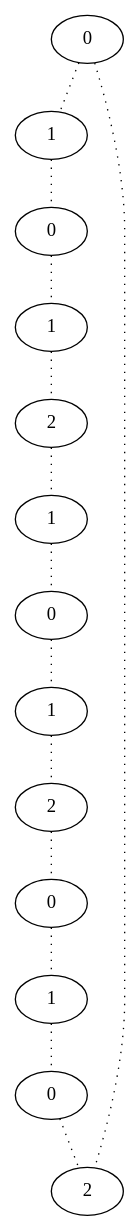
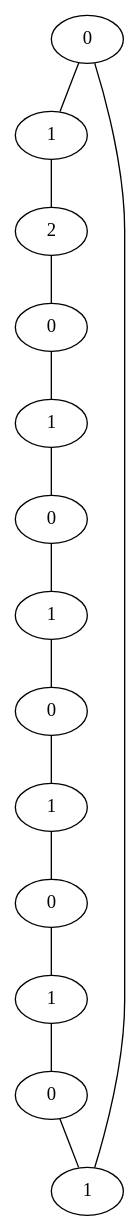
One commit to d1laj/Stage-M2 changed the diagram in TestPathsfactorised/result/dot/cycle_13_3_tc.dot. Above: the diagram before and after it, drawn with Graphviz. The commit also changed 4248 other files, not shown here.

```diff
--- a/TestPathsfactorised/result/dot/cycle_13_3_tc.dot
+++ b/TestPathsfactorised/result/dot/cycle_13_3_tc.dot
@@ -1,28 +1,28 @@
 graph {
 a0[label=0];
 a1[label=1];
-a2[label=0];
-a3[label=1];
-a4[label=2];
-a5[label=1];
-a6[label=0];
-a7[label=1];
-a8[label=2];
+a2[label=2];
+a3[label=0];
+a4[label=1];
+a5[label=0];
+a6[label=1];
+a7[label=0];
+a8[label=1];
 a9[label=0];
 a10[label=1];
 a11[label=0];
-a12[label=2];
-a0 -- a1 [style=dotted];
-a0 -- a12 [style=dotted];
-a1 -- a2 [style=dotted];
-a2 -- a3 [style=dotted];
-a3 -- a4 [style=dotted];
-a4 -- a5 [style=dotted];
-a5 -- a6 [style=dotted];
-a6 -- a7 [style=dotted];
-a7 -- a8 [style=dotted];
-a8 -- a9 [style=dotted];
-a9 -- a10 [style=dotted];
-a10 -- a11 [style=dotted];
-a11 -- a12 [style=dotted];
+a12[label=1];
+a0 -- a1;
+a0 -- a12;
+a1 -- a2;
+a2 -- a3;
+a3 -- a4;
+a4 -- a5;
+a5 -- a6;
+a6 -- a7;
+a7 -- a8;
+a8 -- a9;
+a9 -- a10;
+a10 -- a11;
+a11 -- a12;
 }
```
